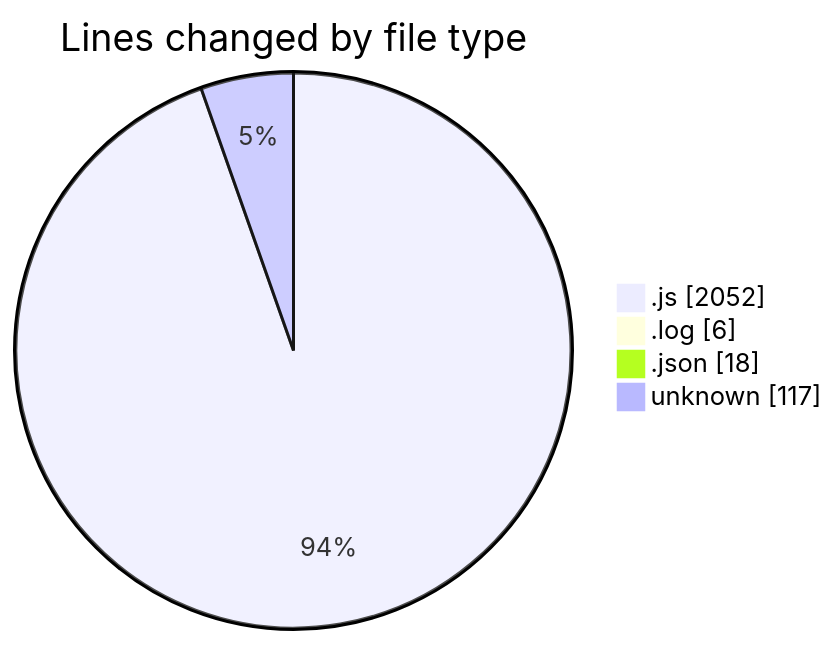
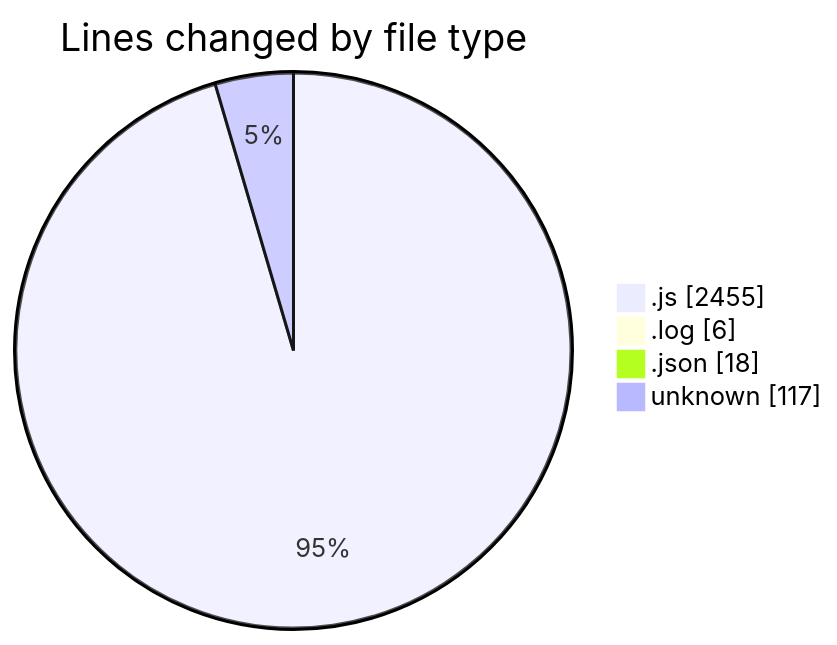
Before and after one commit to BS-eng2023/code-tracking: the first of 2 diagrams in 2025-03-31/jsvms/README.md, drawn with Mermaid. The commit also changed other lines of this file and 1 other file, not shown here.

````diff
--- a/2025-03-31/jsvms/README.md
+++ b/2025-03-31/jsvms/README.md
@@ -43,8 +46,8 @@
 ```mermaid
 pie showData
 title Lines changed by file type
-".js" : 2052
+".js" : 2455
 ".log" : 6
 ".json" : 18
 "unknown" : 117
 ```
````
